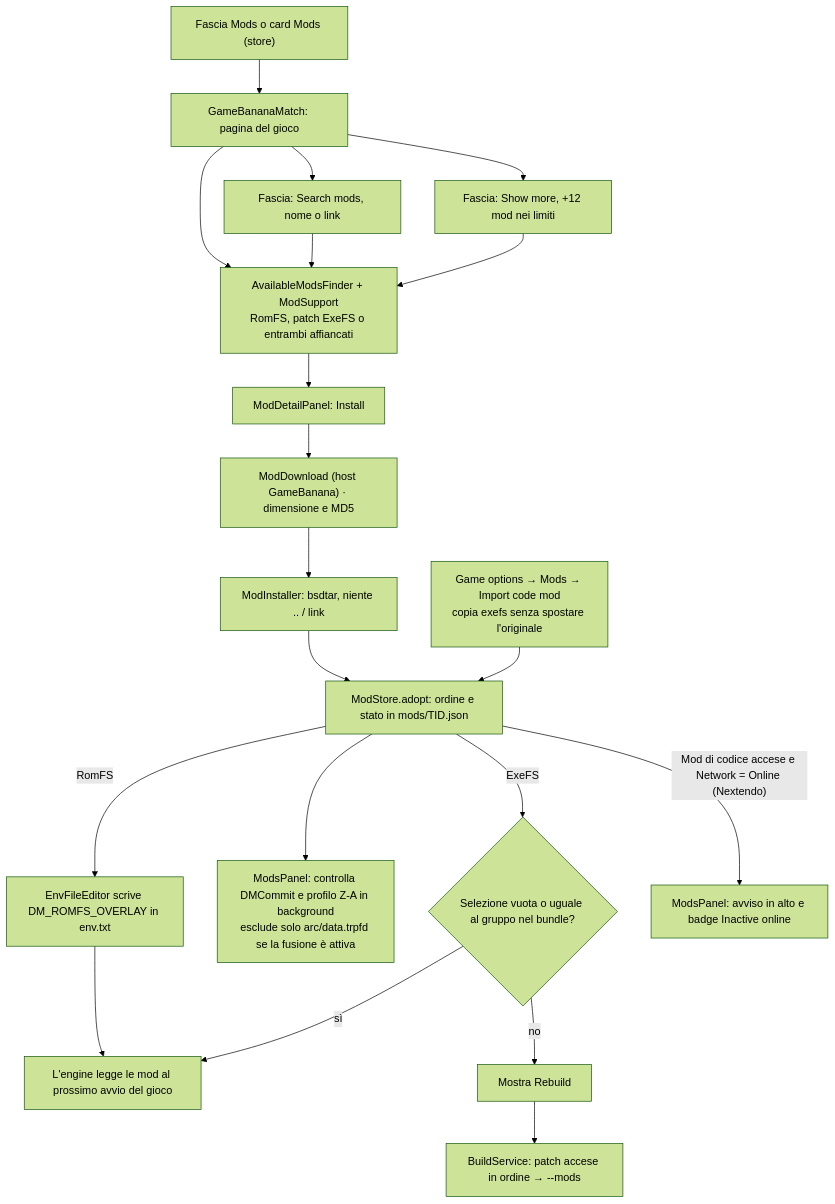
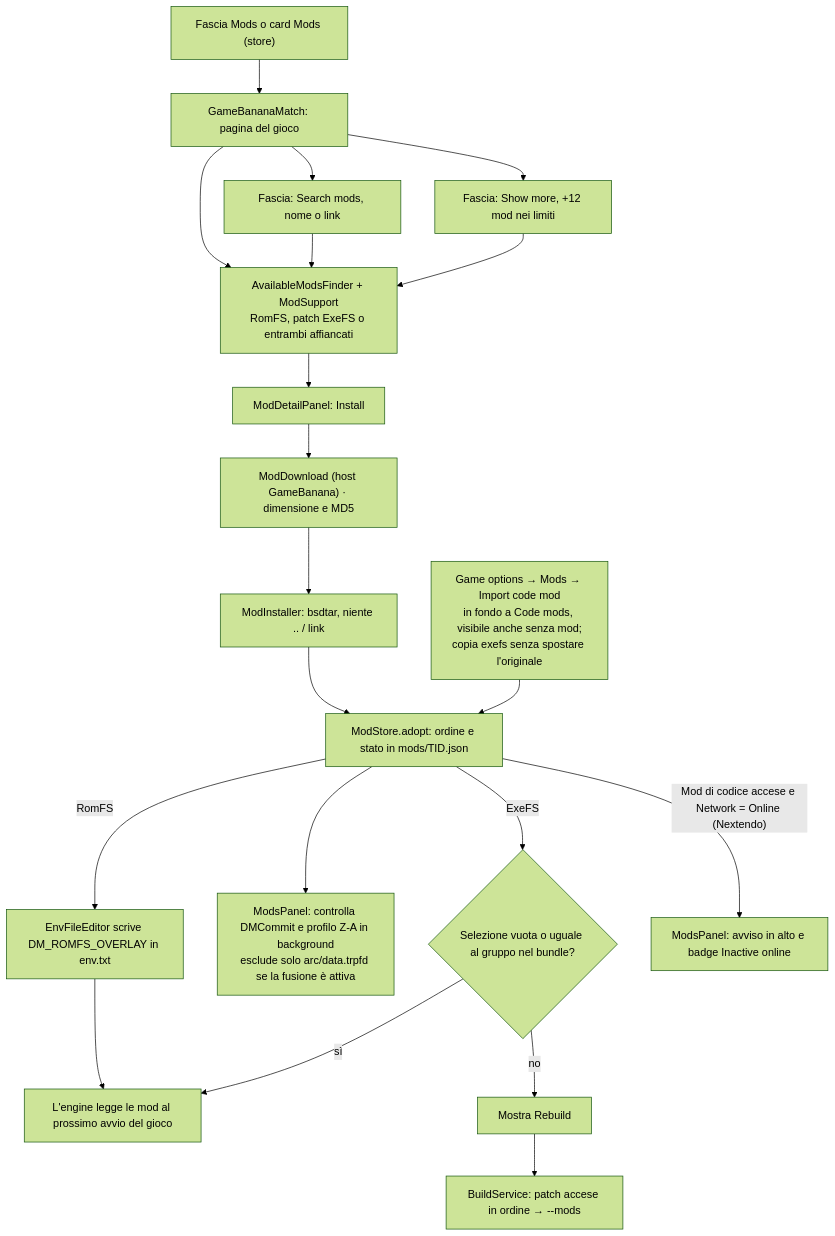
Before and after one commit to sofianbll/NxLibrary: the seventh of 9 diagrams in docs/how-it-works/flows.md, drawn with Mermaid (forest theme). The commit also changed 12 other files, not shown here.

Commit message:
Separate file and code mods in Game Options

````diff
--- a/docs/how-it-works/flows.md
+++ b/docs/how-it-works/flows.md
@@ -156,22 +156,22 @@
 ```mermaid
 flowchart TD
     A["Fascia Mods o card Mods (store)"] --> B["GameBananaMatch: pagina del gioco"]
     B --> C["AvailableModsFinder + ModSupport<br/>RomFS, patch ExeFS o entrambi affiancati"]
     B --> S["Fascia: Search mods, nome o link"]
     S --> C
     B --> M["Fascia: Show more, +12 mod nei limiti"]
     M --> C
     C --> D["ModDetailPanel: Install"]
     D --> E["ModDownload (host GameBanana) · dimensione e MD5"]
     E --> F["ModInstaller: bsdtar, niente .. / link"]
     F --> G["ModStore.adopt: ordine e stato in mods/TID.json"]
-    L["Game options → Mods → Import code mod<br/>copia exefs senza spostare l'originale"] --> G
+    L["Game options → Mods → Import code mod<br/>in fondo a Code mods, visibile anche senza mod;<br/>copia exefs senza spostare l'originale"] --> G
     G -->|"RomFS"| H["EnvFileEditor scrive DM_ROMFS_OVERLAY in env.txt"]
     G --> C2["ModsPanel: controlla DMCommit e profilo Z-A in background<br/>esclude solo arc/data.trpfd se la fusione è attiva"]
     H --> I["L'engine legge le mod al prossimo avvio del gioco"]
     G -->|"ExeFS"| C3{"Selezione vuota o uguale al gruppo nel bundle?"}
     C3 -->|"sì"| I
     C3 -->|"no"| R["Mostra Rebuild"]
     G -->|"Mod di codice accese e Network = Online (Nextendo)"| NX["ModsPanel: avviso in alto e badge Inactive online"]
     R --> P["BuildService: patch accese in ordine → --mods"]
 ```
````
